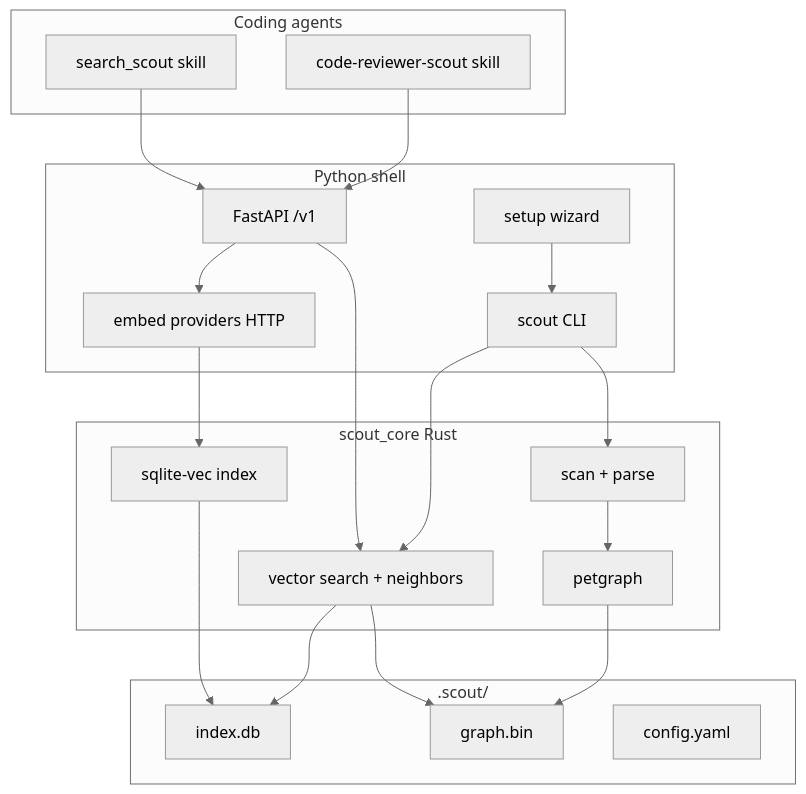
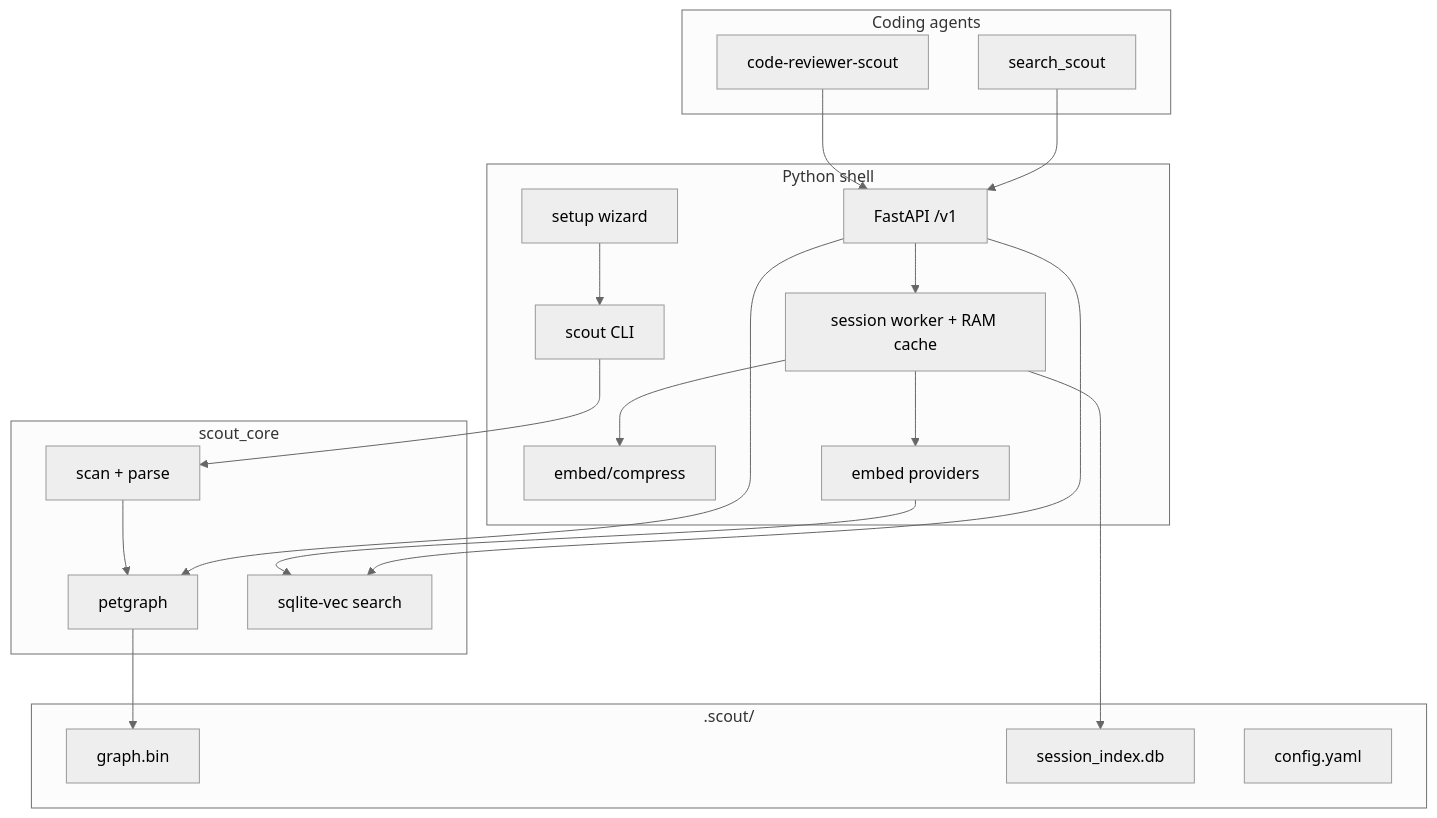
The fourth of 4 diagrams in README.md (tjax4376/scout), drawn with Mermaid (neutral theme) before and after one commit. The commit also changed other lines of this file and 116 other files, not shown here.

First line of the commit message:
scout search without index and chunks.

````diff
--- a/README.md
+++ b/README.md
@@ -537,41 +778,41 @@
 ```mermaid
 flowchart TB
   subgraph agents [Coding agents]
-    SK[search_scout skill]
-    CR[code-reviewer-scout skill]
+    SK[search_scout]
+    CR[code-reviewer-scout]
   end
 
   subgraph python [Python shell]
     CLI[scout CLI]
     API[FastAPI /v1]
-    EMB[embed providers HTTP]
+    SESS[session worker + RAM cache]
+    CMP[embed/compress]
+    EMB[embed providers]
     SET[setup wizard]
   end
 
-  subgraph rust [scout_core Rust]
+  subgraph rust [scout_core]
     SCAN[scan + parse]
     GRAPH[petgraph]
-    IDX[sqlite-vec index]
-    SRCH[vector search + neighbors]
+    VEC[sqlite-vec search]
   end
 
   subgraph disk [.scout/]
     GB[graph.bin]
-    DB[index.db]
+    SID[session_index.db]
     CFG[config.yaml]
   end
 
   SK --> API
   CR --> API
   CLI --> SCAN
-  CLI --> SRCH
-  API --> SRCH
-  API --> EMB
+  API --> GRAPH
+  API --> VEC
+  API --> SESS
+  SESS --> CMP
+  SESS --> EMB
+  SESS --> SID
+  SCAN --> GRAPH --> GB
+  EMB --> VEC
   SET --> CLI
-  SCAN --> GRAPH
-  GRAPH --> GB
-  EMB --> IDX
-  IDX --> DB
-  SRCH --> GB
-  SRCH --> DB
 ```
````
